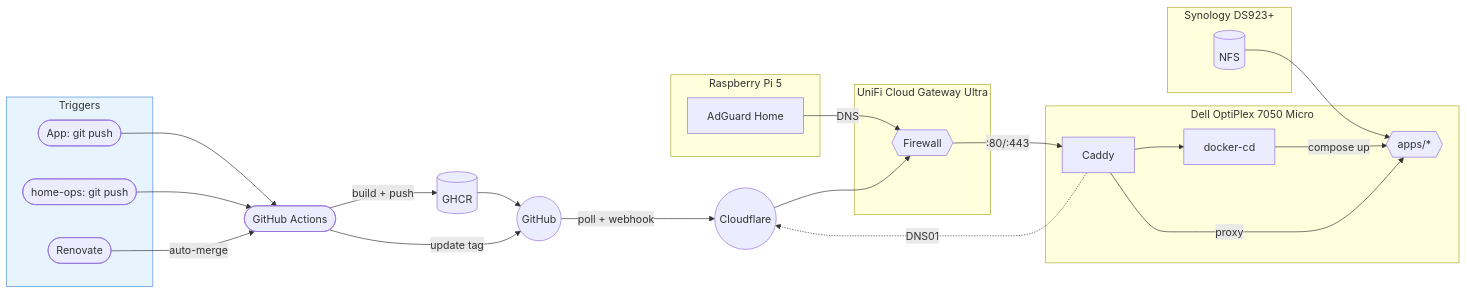
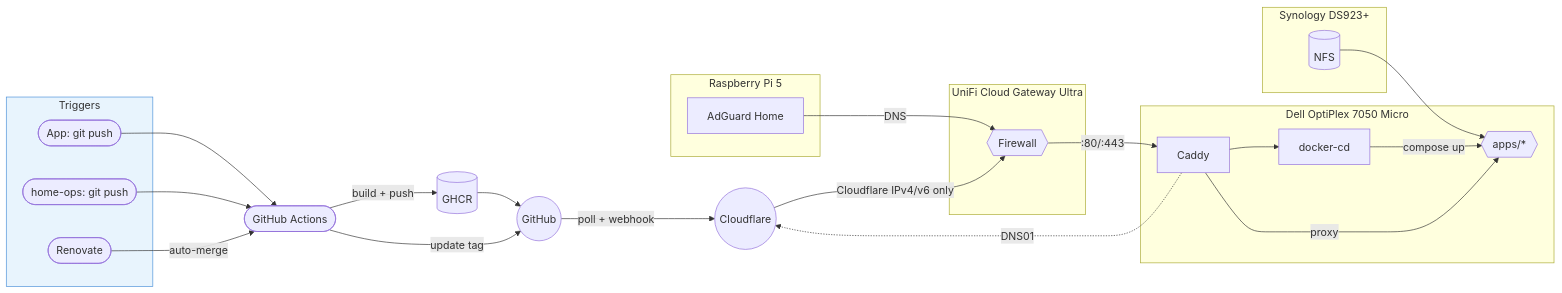
One commit to wajeht/home-ops changed the diagram in README.md. Above: the diagram before and after it, drawn with Mermaid.

Commit message:
docs: clarify network path to docker-cd

````diff
--- a/README.md
+++ b/README.md
@@ -16,38 +16,38 @@
 ```mermaid
 flowchart LR
     subgraph triggers[Triggers]
         app_push([App: git push])
         ops_push([home-ops: git push])
         renovate([Renovate])
     end
 
     app_push --> ci([GitHub Actions]) -->|build + push| ghcr[(GHCR)]
     ghcr --> github((GitHub))
     ci -->|update tag| github
     ops_push --> ci
     renovate -->|auto-merge| ci
-    github -->|poll + webhook| cf((Cloudflare)) --> unifi -->|:80/:443| caddy --> docker_cd
+    github -->|poll + webhook| cf((Cloudflare)) -->|Cloudflare IPv4/v6 only| unifi -->|:80/:443| caddy --> docker_cd
 
     subgraph dell[Dell OptiPlex 7050 Micro]
         docker_cd[docker-cd] -->|compose up| apps{{apps/*}}
         caddy[Caddy] -->|proxy| apps
     end
 
     subgraph nas[Synology DS923+]
         nfs[(NFS)]
     end
 
     subgraph ucg[UniFi Cloud Gateway Ultra]
         unifi{{Firewall}}
     end
 
     subgraph pi[Raspberry Pi 5]
         adguard[AdGuard Home]
     end
 
     nfs --> apps
     adguard -->|DNS| unifi
     caddy -.->|DNS01| cf
 
     style triggers fill:#e8f4fd,stroke:#4a90d9
 ```
````
